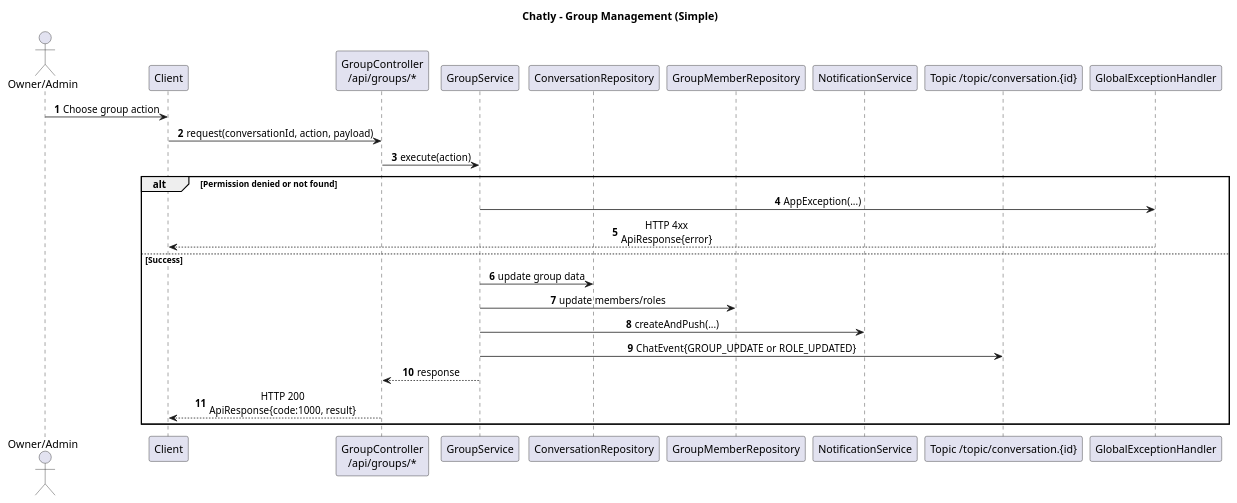
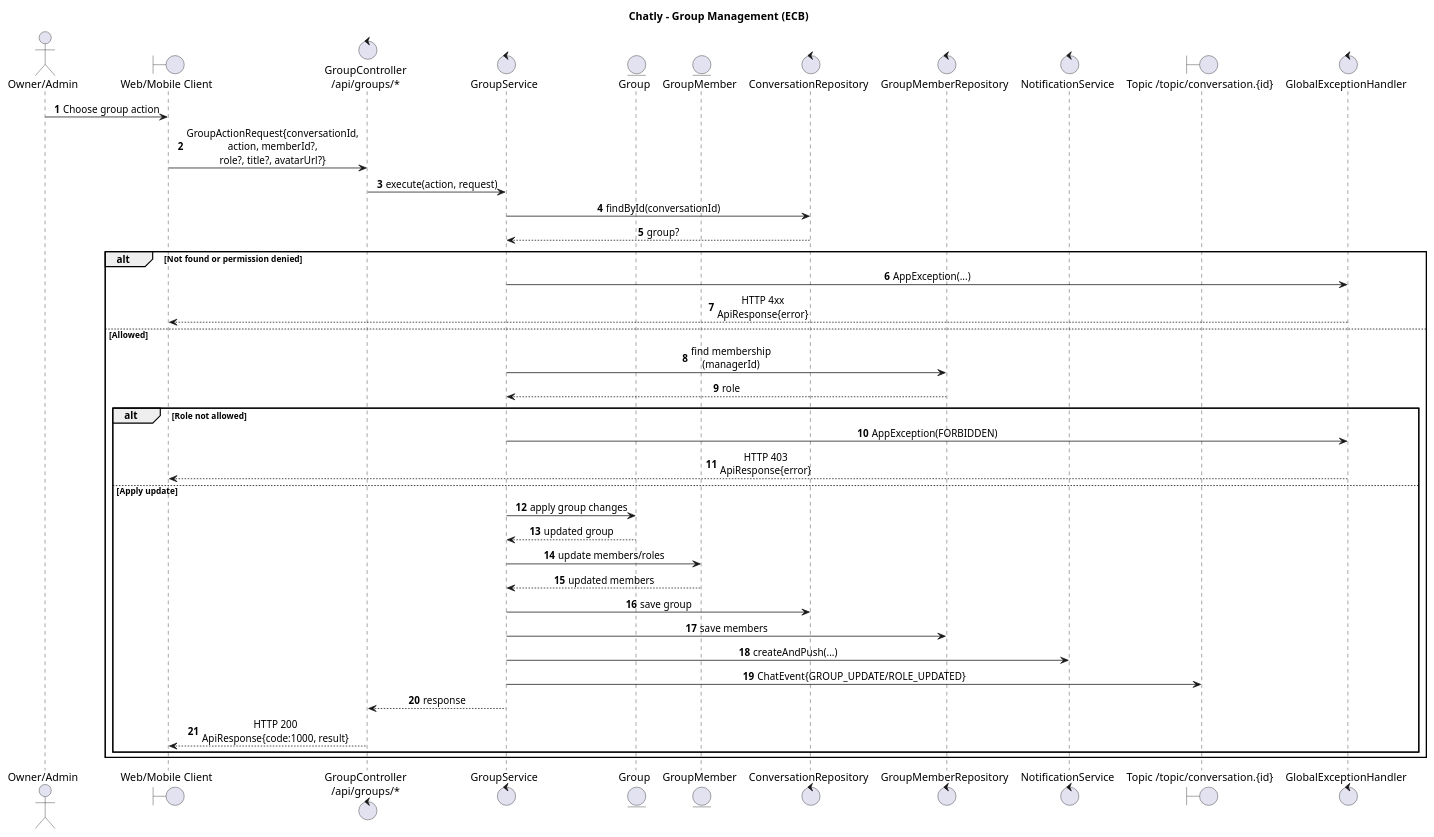
One commit to giasinguyen/chatly-messaging-platform changed the diagram in _resources/diagram/Chatly_Sequence_Group_Management.puml. Above: the diagram before and after it, drawn with PlantUML. The commit also changed 13 other files, not shown here.

First line of the commit message:
Refactor sequence diagrams and update story privacy handling

```diff
--- a/_resources/diagram/Chatly_Sequence_Group_Management.puml
+++ b/_resources/diagram/Chatly_Sequence_Group_Management.puml
@@ -1,34 +1,50 @@
 @startuml Chatly_Sequence_Group_Management
-title Chatly - Group Management (Simple)
+title Chatly - Group Management (ECB)
 
 autonumber
 skinparam sequenceMessageAlign center
 skinparam responseMessageBelowArrow true
 
 actor "Owner/Admin" as Manager
-participant "Client" as Client
-participant "GroupController\n/api/groups/*" as GroupController
-participant "GroupService" as GroupService
-participant "ConversationRepository" as ConversationRepo
-participant "GroupMemberRepository" as GroupMemberRepo
-participant "NotificationService" as NotificationService
-participant "Topic /topic/conversation.{id}" as TopicConversation
-participant "GlobalExceptionHandler" as ExceptionHandler
+boundary "Web/Mobile Client" as Client
+control "GroupController\n/api/groups/*" as GroupController
+control "GroupService" as GroupService
+entity "Group" as GroupEntity
+entity "GroupMember" as GroupMemberEntity
+control "ConversationRepository" as ConversationRepo
+control "GroupMemberRepository" as GroupMemberRepo
+control "NotificationService" as NotificationService
+boundary "Topic /topic/conversation.{id}" as TopicConversation
+control "GlobalExceptionHandler" as ExceptionHandler
 
 Manager -> Client: Choose group action
-Client -> GroupController: request(conversationId, action, payload)
-GroupController -> GroupService: execute(action)
+Client -> GroupController: GroupActionRequest{conversationId,\naction, memberId?,\nrole?, title?, avatarUrl?}
+GroupController -> GroupService: execute(action, request)
 
-alt Permission denied or not found
+GroupService -> ConversationRepo: findById(conversationId)
+ConversationRepo --> GroupService: group?
+
+alt Not found or permission denied
   GroupService -> ExceptionHandler: AppException(...)
   ExceptionHandler --> Client: HTTP 4xx\nApiResponse{error}
-else Success
-  GroupService -> ConversationRepo: update group data
-  GroupService -> GroupMemberRepo: update members/roles
-  GroupService -> NotificationService: createAndPush(...) 
-  GroupService -> TopicConversation: ChatEvent{GROUP_UPDATE or ROLE_UPDATED}
-  GroupService --> GroupController: response
-  GroupController --> Client: HTTP 200\nApiResponse{code:1000, result}
+else Allowed
+  GroupService -> GroupMemberRepo: find membership\n(managerId)
+  GroupMemberRepo --> GroupService: role
+  alt Role not allowed
+    GroupService -> ExceptionHandler: AppException(FORBIDDEN)
+    ExceptionHandler --> Client: HTTP 403\nApiResponse{error}
+  else Apply update
+    GroupService -> GroupEntity: apply group changes
+    GroupEntity --> GroupService: updated group
+    GroupService -> GroupMemberEntity: update members/roles
+    GroupMemberEntity --> GroupService: updated members
+    GroupService -> ConversationRepo: save group
+    GroupService -> GroupMemberRepo: save members
+    GroupService -> NotificationService: createAndPush(...)
+    GroupService -> TopicConversation: ChatEvent{GROUP_UPDATE/ROLE_UPDATED}
+    GroupService --> GroupController: response
+    GroupController --> Client: HTTP 200\nApiResponse{code:1000, result}
+  end
 end
 
 @enduml
```
